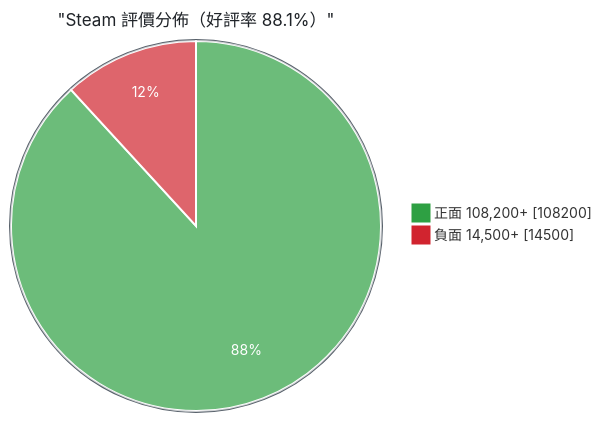
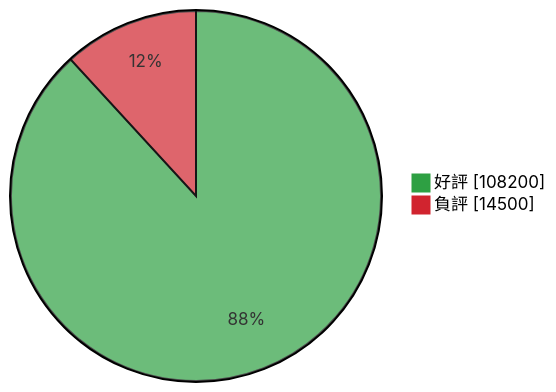
One commit to anku0910/LHU-AI-10-22 changed the second of 3 diagrams in README.md. Above: the diagram before and after it, drawn with Mermaid. The commit also changed other lines of this file and 1 other file, not shown here.

Commit message:
feat: 新增 metrics.json，徽章改為動態讀取並套 Steam 配色

````diff
--- a/README.md
+++ b/README.md
@@ -33,7 +40,6 @@
 ```mermaid
-%%{init: {"theme": "base", "themeVariables": {"pie1": "#2ea043", "pie2": "#d1242f", "pieStrokeColor": "#ffffff", "pieStrokeWidth": "2px", "pieOuterStrokeColor": "#57606a", "pieTitleTextColor": "#1f2328", "pieTitleTextSize": "17px", "pieSectionTextColor": "#ffffff", "pieSectionTextSize": "14px", "pieLegendTextSize": "14px"}}}%%
+%%{init: {"themeVariables": {"pie1": "#2ea043", "pie2": "#d1242f"}}}%%
 pie showData
-    title "Steam 評價分佈（好評率 88.1%）"
-    "正面 108,200+" : 108200
-    "負面 14,500+" : 14500
+    "好評" : 108200
+    "負評" : 14500
 ```
````
